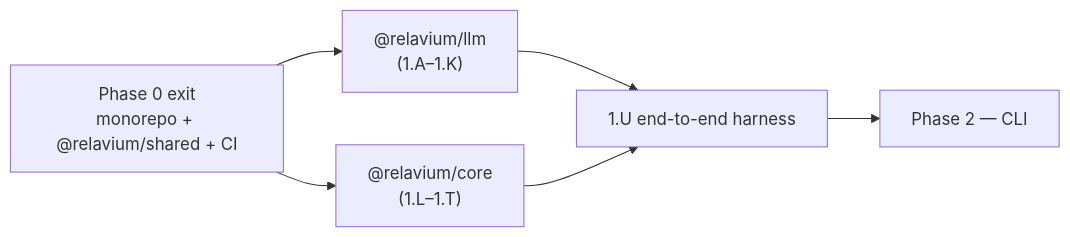
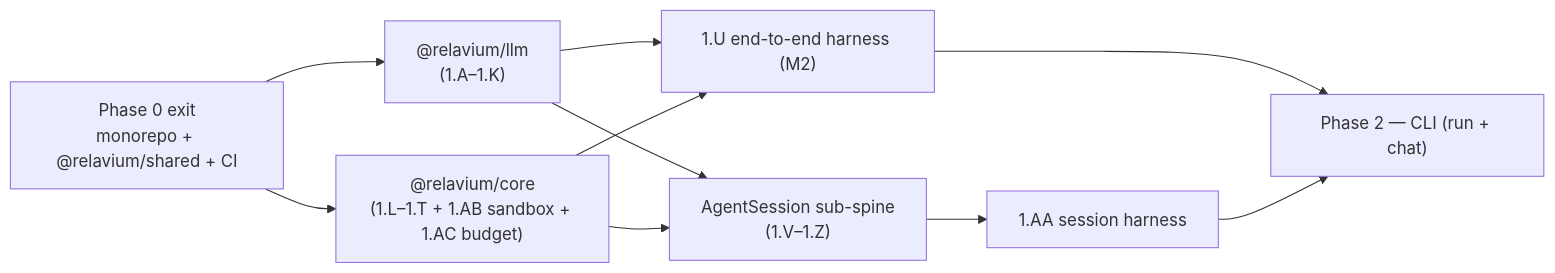
Before and after one commit to HodeTech/Relavium: the second of 2 diagrams in docs/roadmap/phases/phase-1-engine-and-llm.md, drawn with Mermaid. The commit also changed other lines of this file and 4 other files, not shown here.

````diff
--- a/docs/roadmap/phases/phase-1-engine-and-llm.md
+++ b/docs/roadmap/phases/phase-1-engine-and-llm.md
@@ -612,8 +621,12 @@
 ```mermaid
 flowchart LR
     P0["Phase 0 exit<br/>monorepo + @relavium/shared + CI"] --> LLM["@relavium/llm<br/>(1.A–1.K)"]
-    P0 --> CORE["@relavium/core<br/>(1.L–1.T)"]
-    LLM --> U["1.U end-to-end harness"]
+    P0 --> CORE["@relavium/core<br/>(1.L–1.T + 1.AB sandbox + 1.AC budget)"]
+    LLM --> U["1.U end-to-end harness (M2)"]
     CORE --> U
-    U --> P2["Phase 2 — CLI"]
+    LLM --> SUB["AgentSession sub-spine<br/>(1.V–1.Z)"]
+    CORE --> SUB
+    SUB --> SUBH["1.AA session harness"]
+    U --> P2["Phase 2 — CLI (run + chat)"]
+    SUBH --> P2
 ```
````
